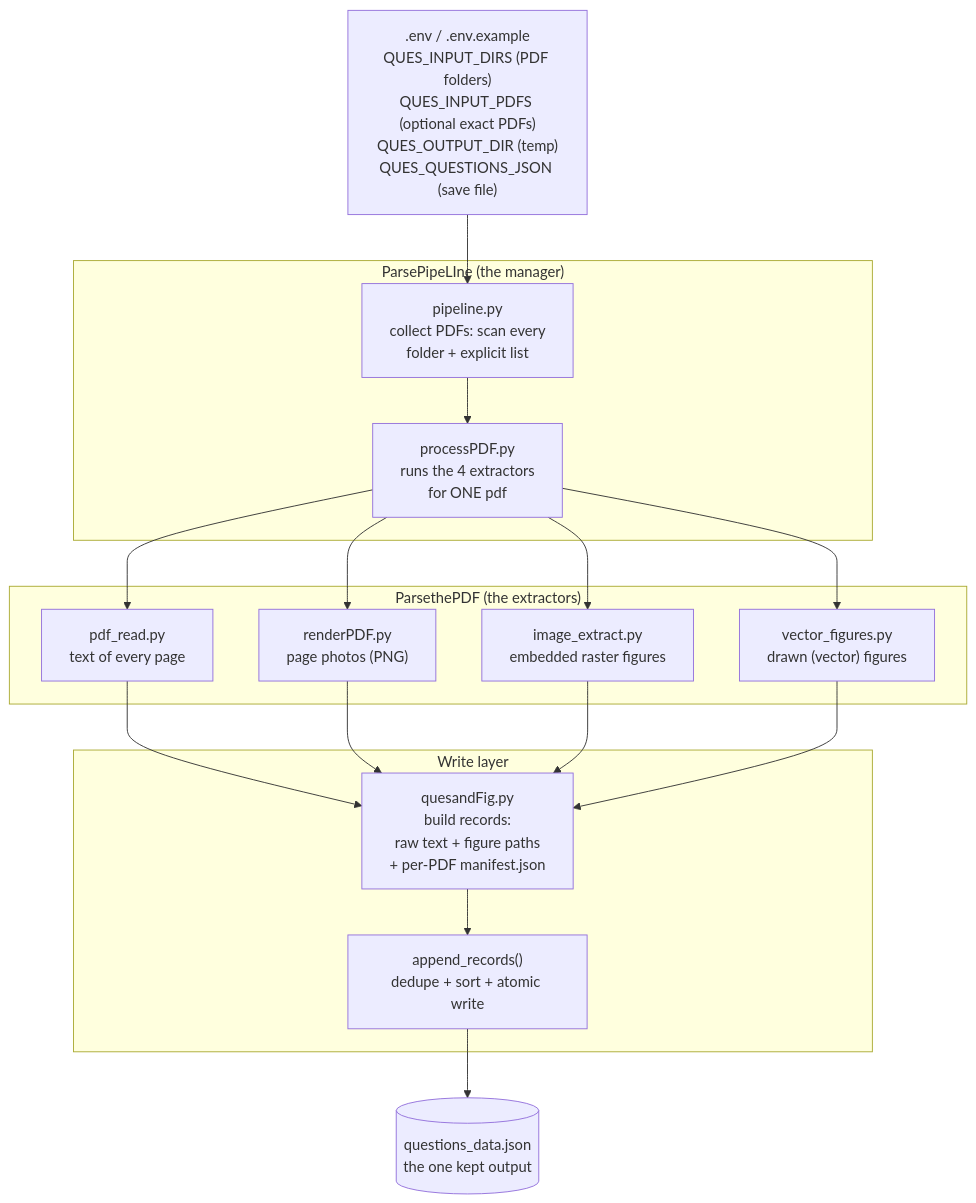
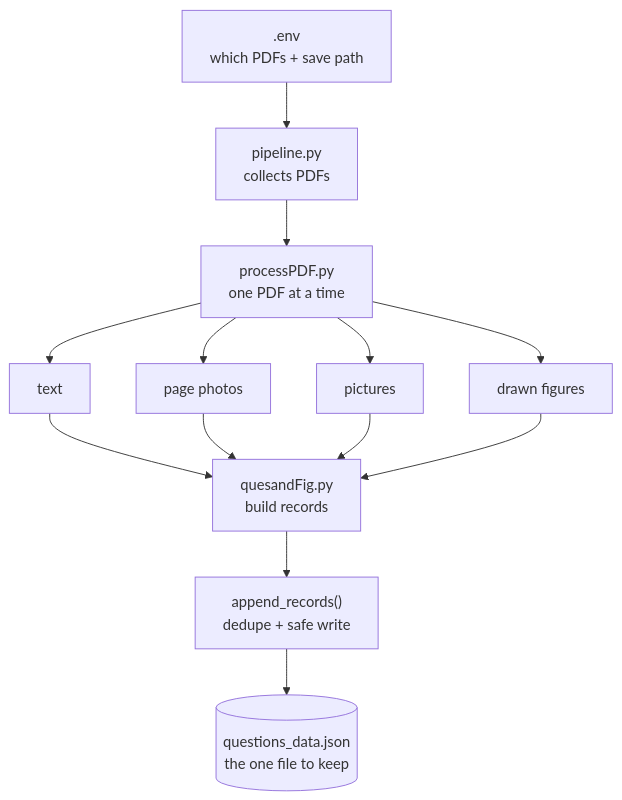
Before and after one commit to bibhusharma1/QuesScrapper: the first of 2 diagrams in DOCS.md, drawn with Mermaid. The commit also changed other lines of this file and 3 other files, not shown here.

First line of the commit message:
Simplify docs: minimal words, easy language, clean mermaid figures

````diff
--- a/DOCS.md
+++ b/DOCS.md
@@ -41,28 +31,9 @@
 ```mermaid
 flowchart TD
-    A[".env / .env.example<br/>QUES_INPUT_DIRS (PDF folders)<br/>QUES_INPUT_PDFS (optional exact PDFs)<br/>QUES_OUTPUT_DIR (temp)<br/>QUES_QUESTIONS_JSON (save file)"]
-
-    subgraph S["ParsePipeLIne (the manager)"]
-        B["pipeline.py<br/>collect PDFs: scan every<br/>folder + explicit list"]
-        C["processPDF.py<br/>runs the 4 extractors<br/>for ONE pdf"]
-    end
-
-    subgraph E["ParsethePDF (the extractors)"]
-        D1["pdf_read.py<br/>text of every page"]
-        D2["renderPDF.py<br/>page photos (PNG)"]
-        D3["image_extract.py<br/>embedded raster figures"]
-        D4["vector_figures.py<br/>drawn (vector) figures"]
-    end
-
-    subgraph W["Write layer"]
-        F1["quesandFig.py<br/>build records:<br/>raw text + figure paths<br/>+ per-PDF manifest.json"]
-        F2["append_records()<br/>dedupe + sort + atomic write"]
-    end
-
-    A --> B
-    B --> C
-    C --> D1 & D2 & D3 & D4
-    D1 & D2 & D3 & D4 --> F1
-    F1 --> F2
-    F2 --> G[("questions_data.json<br/>the one kept output")]
+    ENV[".env<br/>which PDFs + save path"] --> P["pipeline.py<br/>collects PDFs"]
+    P --> X["processPDF.py<br/>one PDF at a time"]
+    X --> T["text"] & R["page photos"] & I["pictures"] & V["drawn figures"]
+    T & R & I & V --> B["quesandFig.py<br/>build records"]
+    B --> A["append_records()<br/>dedupe + safe write"]
+    A --> J[("questions_data.json<br/>the one file to keep")]
 ```
````
